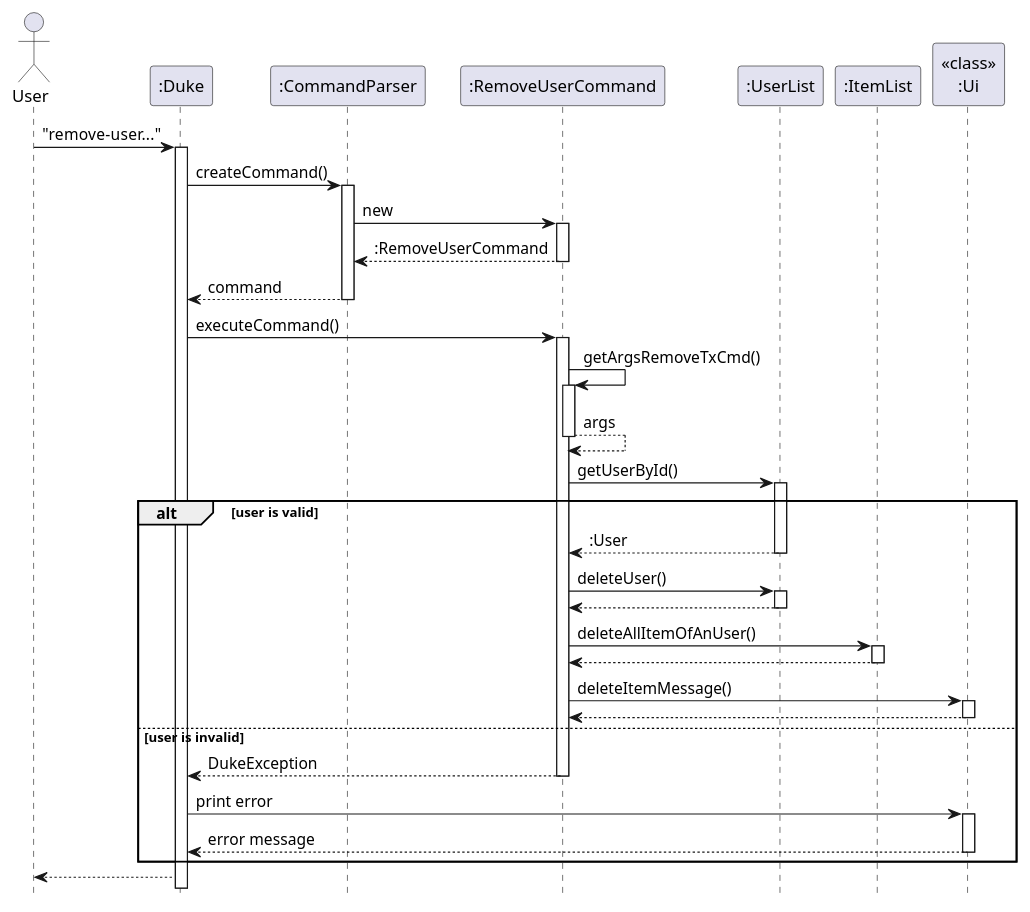
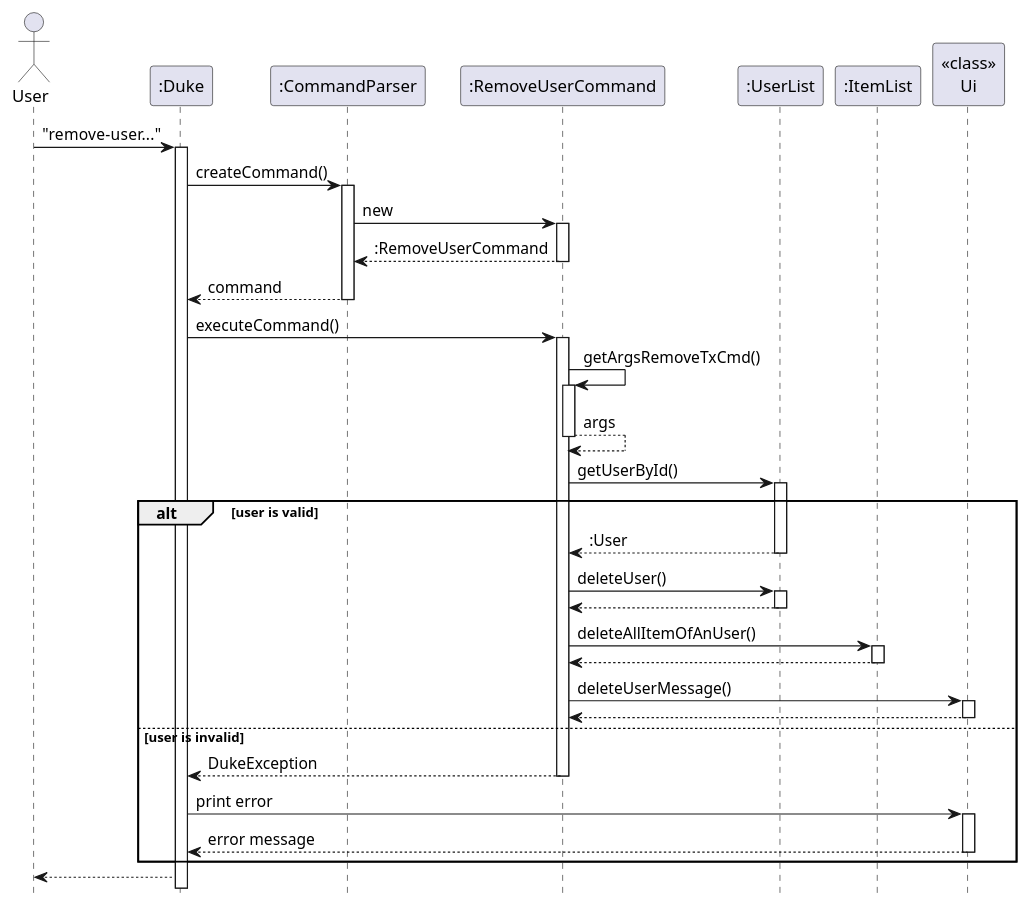
The diagram in docs/diagrams/user/RemoveUserSequence.puml (nus-cs2113-AY2223S1/tp), drawn with PlantUML before and after one commit. The commit also changed 13 other files, not shown here.

Commit message:
Update diagrams

```diff
--- a/docs/diagrams/user/RemoveUserSequence.puml
+++ b/docs/diagrams/user/RemoveUserSequence.puml
@@ -1,47 +1,47 @@
 @startuml
 hide footbox
 
 Actor User
 "User" -> ":Duke": "remove-user..."
 activate ":Duke"
 ":Duke" -> ":CommandParser": createCommand()
 activate ":CommandParser"
 ":CommandParser" -> ":RemoveUserCommand": new
 activate ":RemoveUserCommand"
 return :RemoveUserCommand
 ":CommandParser" --> ":Duke": command
 deactivate
 
 ":Duke" -> ":RemoveUserCommand" : executeCommand()
 activate ":RemoveUserCommand"
 ":RemoveUserCommand" -> ":RemoveUserCommand": getArgsRemoveTxCmd()
 activate ":RemoveUserCommand"
 return args
     ":RemoveUserCommand" -> ":UserList": getUserById()
     activate ":UserList"
 alt user is valid
     ":UserList" --> ":RemoveUserCommand": :User
     deactivate ":UserList"
 
     ":RemoveUserCommand" -> ":UserList": deleteUser()
     activate ":UserList"
     return
     ":RemoveUserCommand" -> ":ItemList": deleteAllItemOfAnUser()
     activate ":ItemList"
     return
-    ":RemoveUserCommand" -> "<<class>>\n:Ui": deleteItemMessage()
-    activate "<<class>>\n:Ui"
+    ":RemoveUserCommand" -> "<<class>>\nUi": deleteUserMessage()
+    activate "<<class>>\nUi"
     return
-    deactivate "<<class>>\n:Ui"
+    deactivate "<<class>>\nUi"
     deactivate ":UserList"
 else user is invalid
     ":RemoveUserCommand" --> ":Duke" : DukeException
     deactivate ":RemoveUserCommand"
-    ":Duke" -> "<<class>>\n:Ui" : print error
-    activate "<<class>>\n:Ui"
-    "<<class>>\n:Ui" --> ":Duke" : error message
-    deactivate "<<class>>\n:Ui"
+    ":Duke" -> "<<class>>\nUi" : print error
+    activate "<<class>>\nUi"
+    "<<class>>\nUi" --> ":Duke" : error message
+    deactivate "<<class>>\nUi"
 end
 deactivate ":RemoveUserCommand"
 ":Duke" --> "User"
 @enduml
```
